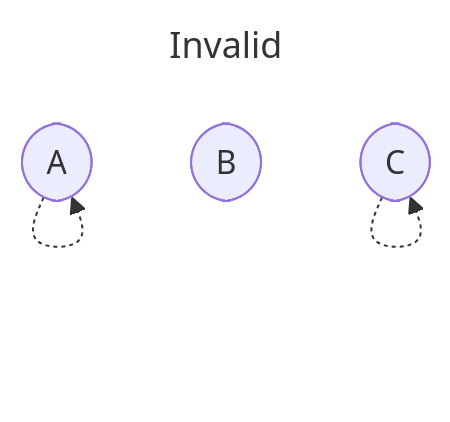
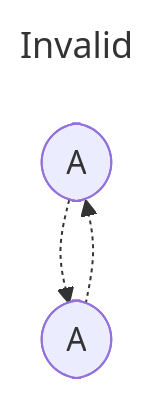
The sixth of 17 diagrams in proofs/AdmissibilityGraph/README.md (stepchowfun/proofs), drawn with Mermaid before and after one commit. The commit also changed other lines of this file, not shown here.

Commit message:
Wordsmith the admissibility graph README

````diff
--- a/proofs/AdmissibilityGraph/README.md
+++ b/proofs/AdmissibilityGraph/README.md
@@ -113,12 +125,11 @@
 ```mermaid
 ---
 title: Invalid
 ---
 flowchart TD
   a([A])
-  b([B])
-  c([C])
+  b([A])
 
-  a -.-> a
-  c -.-> c
+  a -.-> b
+  b -.-> a
 ```
````
